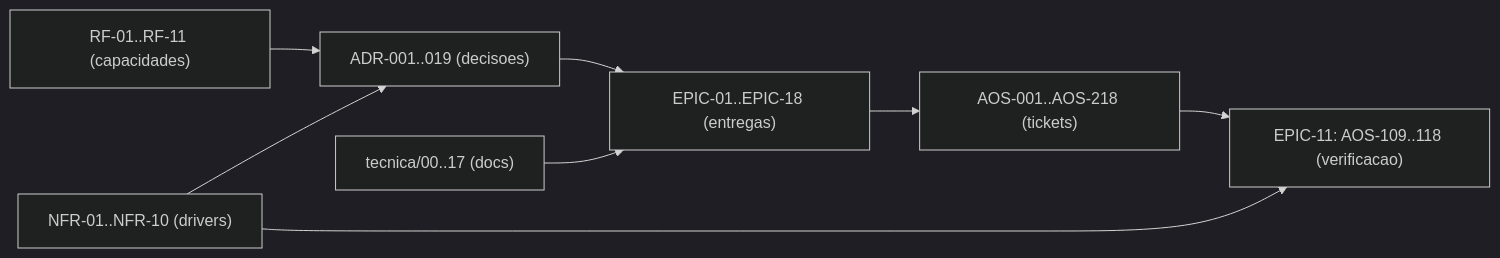
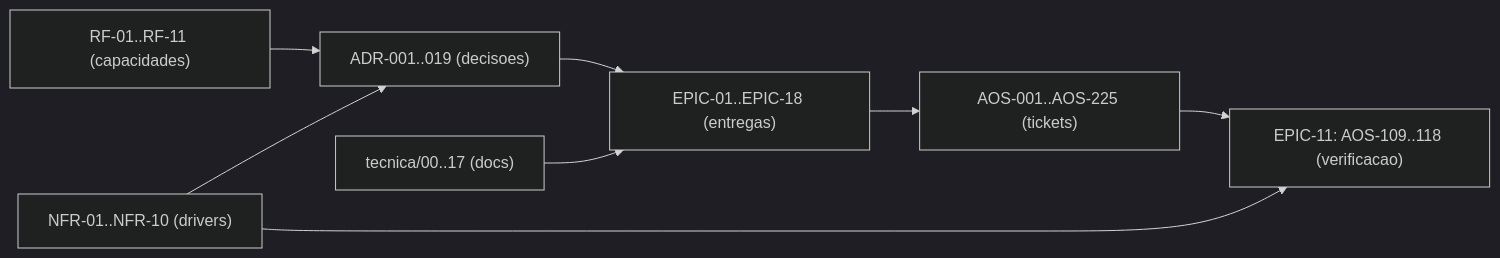
Before and after one commit to albinoJimy/aos: the diagram in tecnica/16_Rastreabilidade_RTM.md, drawn with Mermaid (dark theme). The commit also changed other lines of this file and 1 other file, not shown here.

First line of the commit message:
docs(AOS-219..225): formalizar a ultima camada de fixes de codigo do no em EPIC-18 (§8-bis)

````diff
--- a/tecnica/16_Rastreabilidade_RTM.md
+++ b/tecnica/16_Rastreabilidade_RTM.md
@@ -169,10 +168,10 @@
 ```mermaid
 flowchart LR
     RF["RF-01..RF-11 (capacidades)"] --> ADR["ADR-001..019 (decisoes)"]
     NFR["NFR-01..NFR-10 (drivers)"] --> ADR
     ADR --> EPIC["EPIC-01..EPIC-18 (entregas)"]
-    EPIC --> TICK["AOS-001..AOS-218 (tickets)"]
+    EPIC --> TICK["AOS-001..AOS-225 (tickets)"]
     DOC["tecnica/00..17 (docs)"] --> EPIC
     TICK --> TEST["EPIC-11: AOS-109..118 (verificacao)"]
     NFR --> TEST
 ```
````
